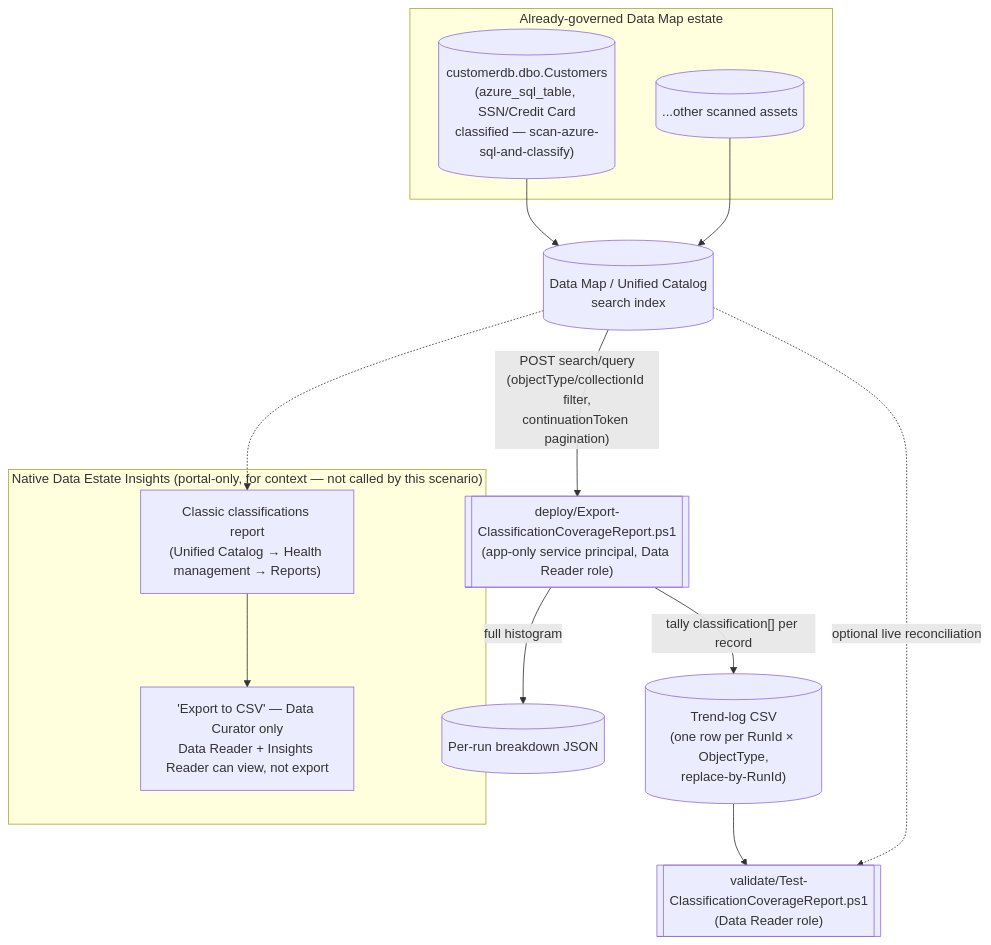
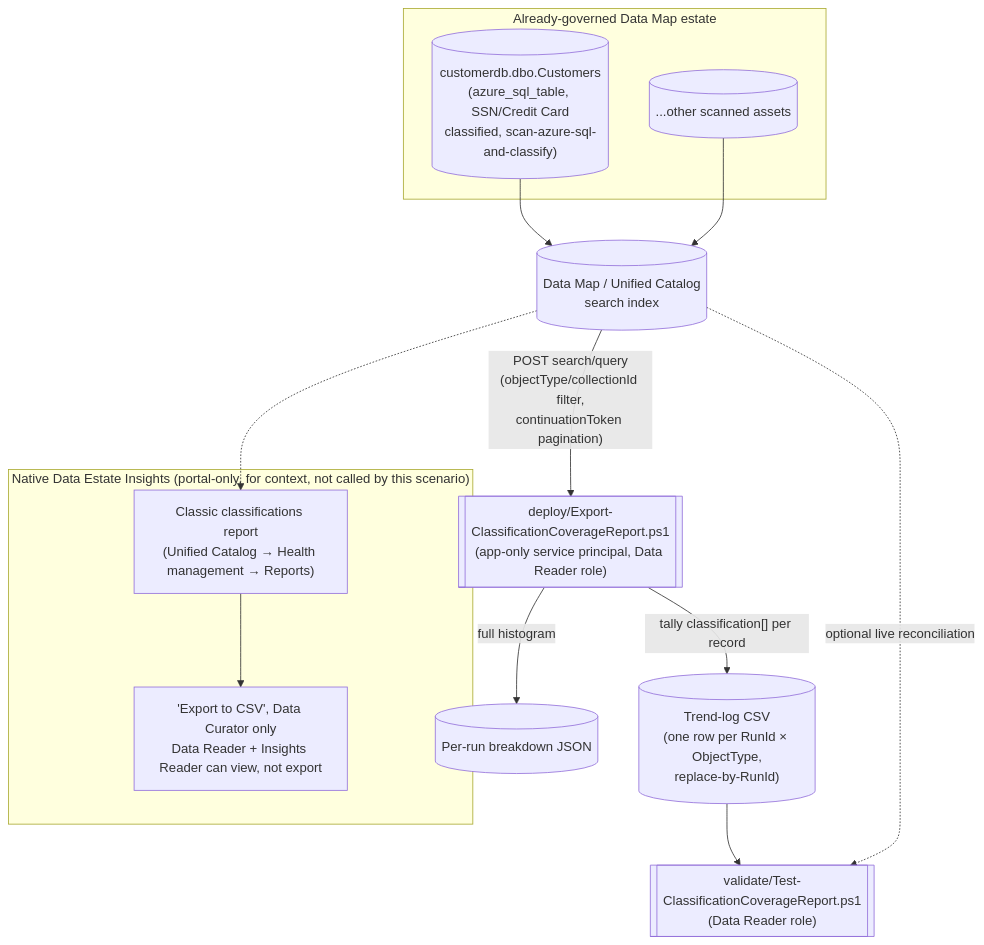
Before and after one commit to kpsec1/kpsec1.github.io: the diagram in src/content/scenarios/data-estate-insights/classification-coverage-report.md, drawn with Mermaid. The commit also changed other lines of this file and 433 other files, not shown here.

````diff
--- a/src/content/scenarios/data-estate-insights/classification-coverage-report.md
+++ b/src/content/scenarios/data-estate-insights/classification-coverage-report.md
@@ -71,27 +74,27 @@
 ```mermaid
 flowchart TD
-    subgraph Native["Native Data Estate Insights (portal-only, for context — not called by this scenario)"]
+    subgraph Native["Native Data Estate Insights (portal-only, for context, not called by this scenario)"]
         Insights["Classic classifications report<br/>(Unified Catalog → Health management → Reports)"]
-        ExportGate["'Export to CSV' — Data Curator only<br/>Data Reader + Insights Reader can view, not export"]
+        ExportGate["'Export to CSV', Data Curator only<br/>Data Reader + Insights Reader can view, not export"]
         Insights --> ExportGate
     end
 
     subgraph Estate["Already-governed Data Map estate"]
-        Asset[("customerdb.dbo.Customers<br/>(azure_sql_table, SSN/Credit Card<br/>classified — scan-azure-sql-and-classify)")]
+        Asset[("customerdb.dbo.Customers<br/>(azure_sql_table, SSN/Credit Card<br/>classified, scan-azure-sql-and-classify)")]
         Other[("...other scanned assets")]
     end
 
     Index[("Data Map / Unified Catalog<br/>search index")]
     Asset --> Index
     Other --> Index
     Index -.-> Insights
 
     Report[["deploy/Export-ClassificationCoverageReport.ps1<br/>(app-only service principal, Data Reader role)"]]
     Index -- "POST search/query<br/>(objectType/collectionId filter,<br/>continuationToken pagination)" --> Report
     Report -- "tally classification[] per record" --> Trend[("Trend-log CSV<br/>(one row per RunId × ObjectType,<br/>replace-by-RunId)")]
     Report -- "full histogram" --> Breakdown[("Per-run breakdown JSON")]
 
     Validator[["validate/Test-ClassificationCoverageReport.ps1<br/>(Data Reader role)"]]
     Trend --> Validator
     Index -. "optional live reconciliation" .-> Validator
 ```
````
